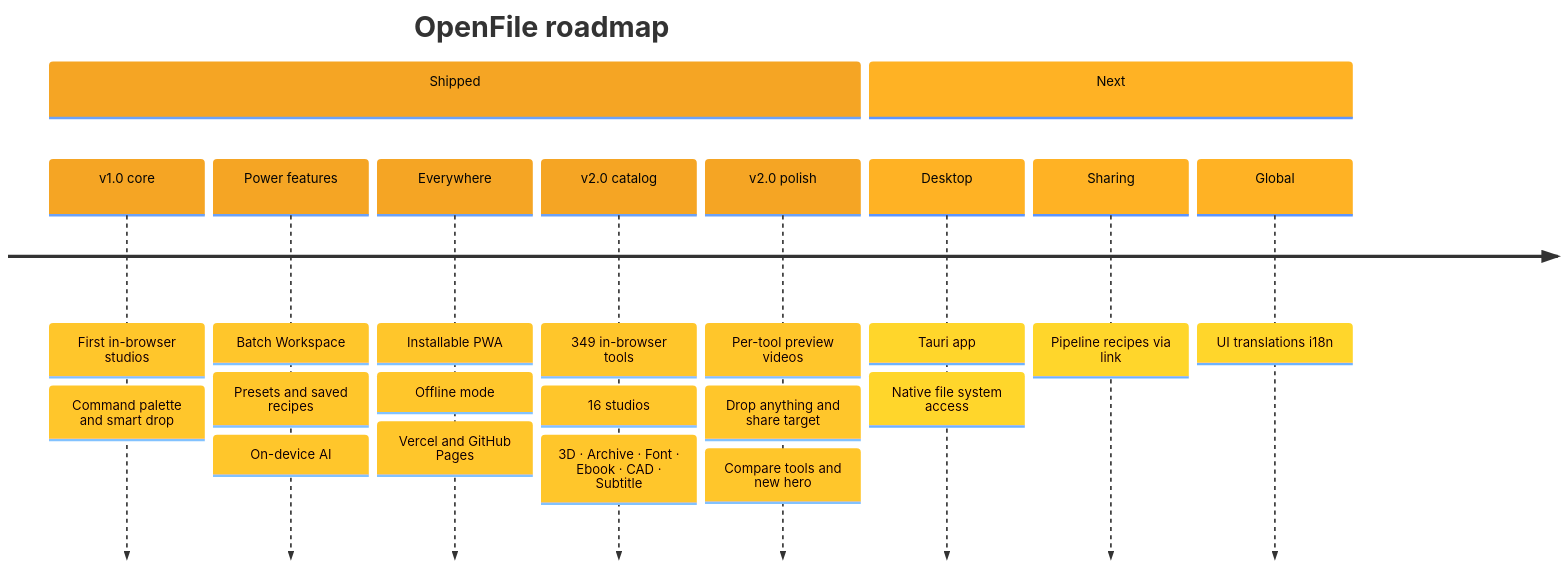
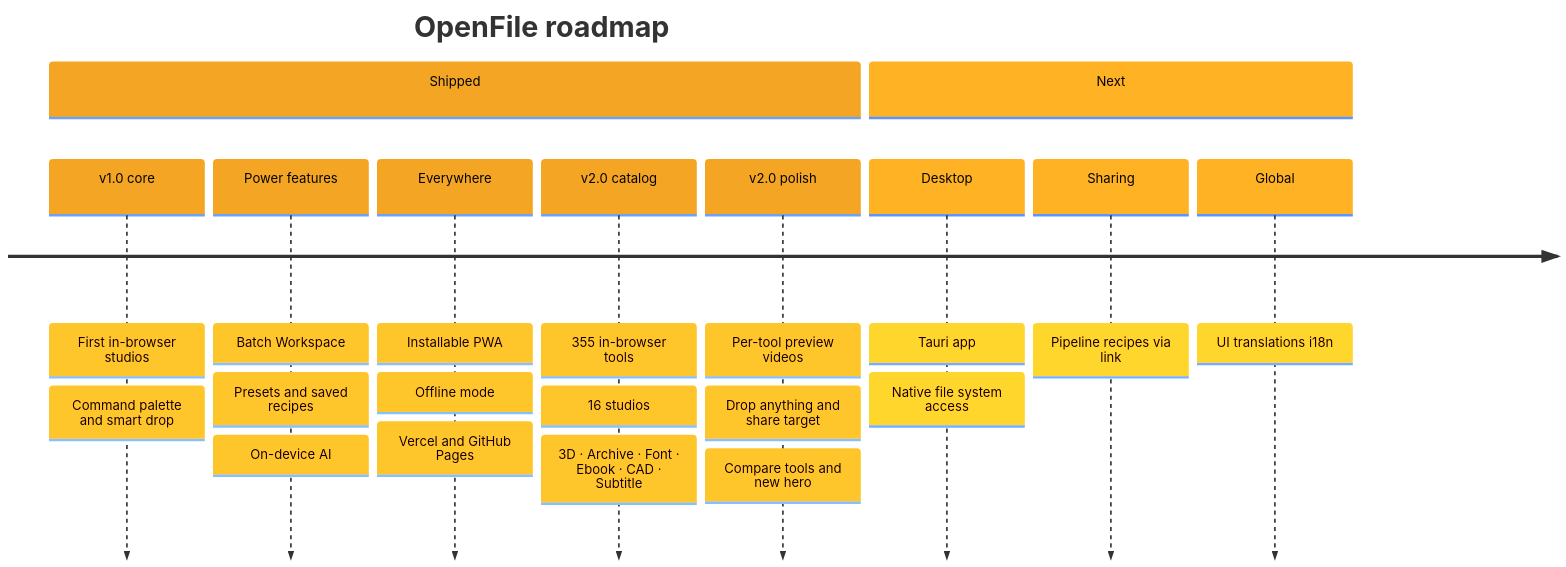
The eighth of 8 diagrams in README.md (aniruddhaadak80/OpenFile), drawn with Mermaid before and after one commit. The commit also changed other lines of this file and 19 other files, not shown here.

````diff
--- a/README.md
+++ b/README.md
@@ -1197,15 +1203,15 @@
 ```mermaid
 %%{init: {'theme':'base','themeVariables':{'fontFamily':'system-ui, sans-serif','cScale0':'#F5A524','cScaleLabel0':'#050505','cScale1':'#FFB224','cScaleLabel1':'#050505','cScale2':'#14B8A6','cScaleLabel2':'#050505','cScale3':'#22D3EE','cScaleLabel3':'#050505','cScale4':'#10B981','cScaleLabel4':'#050505','cScale5':'#38BDF8','cScaleLabel5':'#050505','cScale6':'#FCD34D','cScaleLabel6':'#050505','cScale7':'#5EEAD4','cScaleLabel7':'#050505'}}}%%
 timeline
     title OpenFile roadmap
     section Shipped
         v1.0 core : First in-browser studios : Command palette and smart drop
         Power features : Batch Workspace : Presets and saved recipes : On-device AI
         Everywhere : Installable PWA : Offline mode : Vercel and GitHub Pages
-        v2.0 catalog : 349 in-browser tools : 16 studios : 3D · Archive · Font · Ebook · CAD · Subtitle
+        v2.0 catalog : 355 in-browser tools : 16 studios : 3D · Archive · Font · Ebook · CAD · Subtitle
         v2.0 polish : Per-tool preview videos : Drop anything and share target : Compare tools and new hero
     section Next
         Desktop : Tauri app : Native file system access
         Sharing : Pipeline recipes via link
         Global : UI translations i18n
 ```
````
